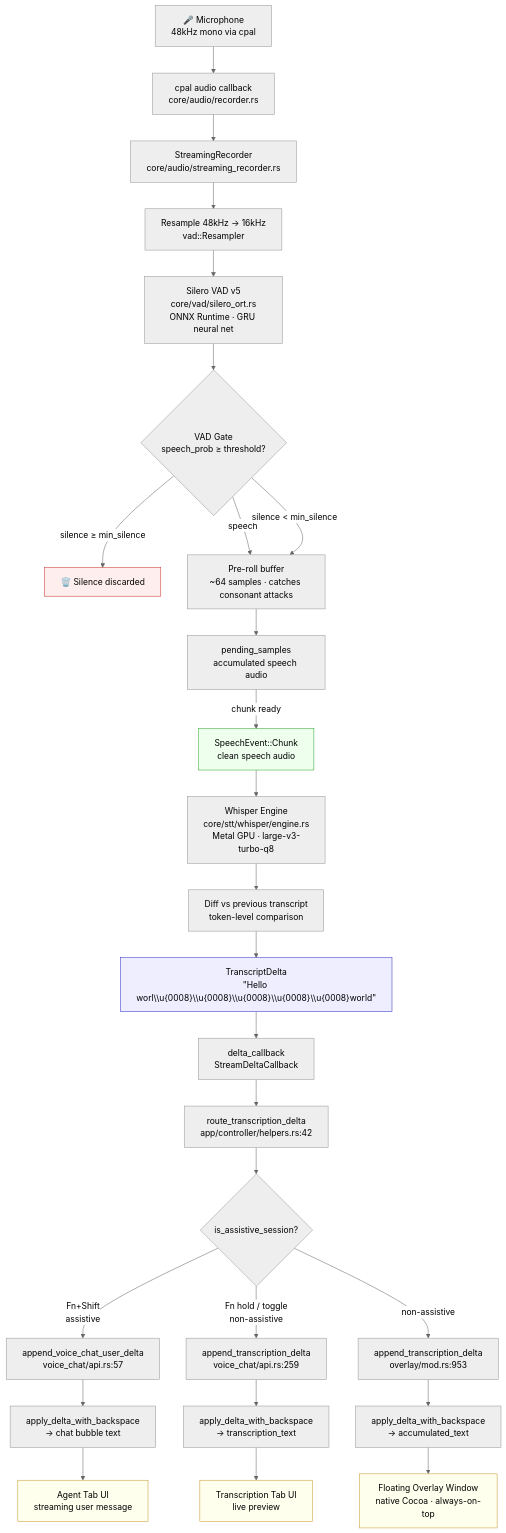
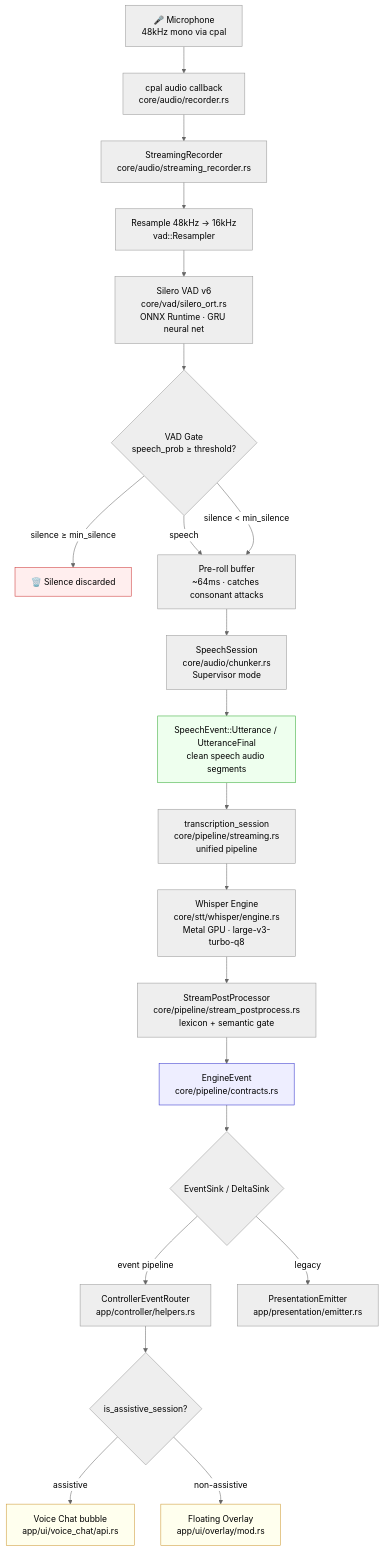
The diagram in docs/OVERLAY_STREAMING.md (vetcoders/codescribe), drawn with Mermaid (neutral theme) before and after one commit. The commit also changed other lines of this file and 49 other files, not shown here.

First line of the commit message:
(#19) Refactor transcription pipeline and improve streaming behavior

````diff
--- a/docs/OVERLAY_STREAMING.md
+++ b/docs/OVERLAY_STREAMING.md
@@ -9,63 +9,50 @@
 ```mermaid
 flowchart TD
     MIC[🎤 Microphone\n48kHz mono via cpal]
     CPAL[cpal audio callback\ncore/audio/recorder.rs]
     SR[StreamingRecorder\ncore/audio/streaming_recorder.rs]
     RESAMPLE[Resample 48kHz → 16kHz\nvad::Resampler]
-    VAD[Silero VAD v5\ncore/vad/silero_ort.rs\nONNX Runtime · GRU neural net]
+    VAD[Silero VAD v6\ncore/vad/silero_ort.rs\nONNX Runtime · GRU neural net]
     GATE{VAD Gate\nspeech_prob ≥ threshold?}
     DROP[🗑️ Silence discarded]
-    PREROLL[Pre-roll buffer\n~64 samples · catches consonant attacks]
-    PENDING[pending_samples\naccumulated speech audio]
-    CHUNK[SpeechEvent::Chunk\nclean speech audio]
+    PREROLL[Pre-roll buffer\n~64ms · catches consonant attacks]
+    SPEECH[SpeechSession\ncore/audio/chunker.rs\nSupervisor mode]
+    CHUNK[SpeechEvent::Utterance / UtteranceFinal\nclean speech audio segments]
+    WORKER[transcription_session\ncore/pipeline/streaming.rs\nunified pipeline]
     WHISPER[Whisper Engine\ncore/stt/whisper/engine.rs\nMetal GPU · large-v3-turbo-q8]
-    DIFF[Diff vs previous transcript\ntoken-level comparison]
-    DELTA["TranscriptDelta\n&quot;Hello worl\\u{0008}\\u{0008}\\u{0008}\\u{0008}\\u{0008}world&quot;"]
-    CB[delta_callback\nStreamDeltaCallback]
-    ROUTE[route_transcription_delta\napp/controller/helpers.rs:42]
+    POSTPROC[StreamPostProcessor\ncore/pipeline/stream_postprocess.rs\nlexicon + semantic gate]
+    EVENT[EngineEvent\ncore/pipeline/contracts.rs]
+    SINK{EventSink / DeltaSink}
+    ROUTER[ControllerEventRouter\napp/controller/helpers.rs]
+    EMITTER[PresentationEmitter\napp/presentation/emitter.rs]
     CHECK{is_assistive_session?}
-    ASSIST_DELTA[append_voice_chat_user_delta\nvoice_chat/api.rs:57]
-    ASSIST_APPLY[apply_delta_with_backspace\n→ chat bubble text]
-    AGENT_TAB[Agent Tab UI\nstreaming user message]
-    TRANS_DELTA[append_transcription_delta\nvoice_chat/api.rs:259]
-    TRANS_APPLY[apply_delta_with_backspace\n→ transcription_text]
-    TRANS_TAB[Transcription Tab UI\nlive preview]
-    OVERLAY_DELTA[append_transcription_delta\noverlay/mod.rs:953]
-    OVERLAY_APPLY[apply_delta_with_backspace\n→ accumulated_text]
-    OVERLAY_WIN[Floating Overlay Window\nnative Cocoa · always-on-top]
+    ASSIST[Voice Chat bubble\napp/ui/voice_chat/api.rs]
+    OVERLAY[Floating Overlay\napp/ui/overlay/mod.rs]
 
     MIC --> CPAL
     CPAL --> SR
     SR --> RESAMPLE
     RESAMPLE --> VAD
     VAD --> GATE
     GATE -->|speech| PREROLL
     GATE -->|silence < min_silence| PREROLL
     GATE -->|silence ≥ min_silence| DROP
-    PREROLL --> PENDING
-    PENDING -->|chunk ready| CHUNK
-    CHUNK --> WHISPER
-    WHISPER --> DIFF
-    DIFF --> DELTA
-    DELTA --> CB
-    CB --> ROUTE
-
-    ROUTE --> CHECK
-    CHECK -->|Fn+Shift\nassistive| ASSIST_DELTA
-    ASSIST_DELTA --> ASSIST_APPLY
-    ASSIST_APPLY --> AGENT_TAB
-
-    CHECK -->|Fn hold / toggle\nnon-assistive| TRANS_DELTA
-    TRANS_DELTA --> TRANS_APPLY
-    TRANS_APPLY --> TRANS_TAB
-    CHECK -->|non-assistive| OVERLAY_DELTA
-    OVERLAY_DELTA --> OVERLAY_APPLY
-    OVERLAY_APPLY --> OVERLAY_WIN
+    PREROLL --> SPEECH
+    SPEECH --> CHUNK
+    CHUNK --> WORKER
+    WORKER --> WHISPER
+    WHISPER --> POSTPROC
+    POSTPROC --> EVENT
+    EVENT --> SINK
+    SINK -->|event pipeline| ROUTER
+    SINK -->|legacy| EMITTER
+    ROUTER --> CHECK
+    CHECK -->|assistive| ASSIST
+    CHECK -->|non-assistive| OVERLAY
 
     style DROP fill:#fee,stroke:#c33
     style CHUNK fill:#efe,stroke:#3a3
-    style DELTA fill:#eef,stroke:#33c
-    style OVERLAY_WIN fill:#ffe,stroke:#c93
-    style AGENT_TAB fill:#ffe,stroke:#c93
-    style TRANS_TAB fill:#ffe,stroke:#c93
+    style EVENT fill:#eef,stroke:#33c
+    style OVERLAY fill:#ffe,stroke:#c93
+    style ASSIST fill:#ffe,stroke:#c93
 ```
````
